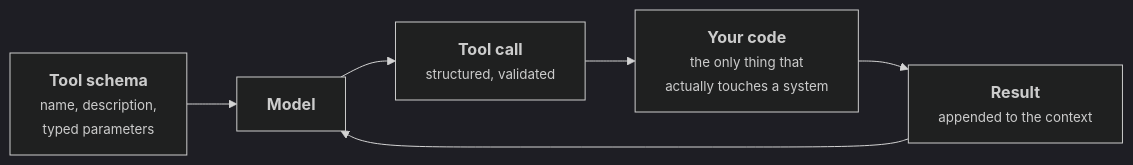
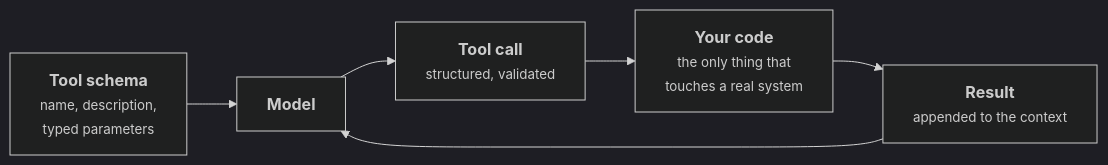
Before and after one commit to situkangsayur/dnd-ai-products-services-pro-course-slides: the diagram in figs/hendri-tool.mmd, drawn with Mermaid (dark theme). The commit also changed 95 other files, not shown here.

```diff
--- a/figs/hendri-tool.mmd
+++ b/figs/hendri-tool.mmd
@@ -1,8 +1,8 @@
 
 flowchart LR
+  S["<b>Tool schema</b><br/><small>name, description,<br/>typed parameters</small>"]
   M["<b>Model</b>"]
-  S["<b>Tool schema</b><br/><small>name, description,<br/>typed parameters</small>"]
   CALL["<b>Tool call</b><br/><small>structured, validated</small>"]
-  EX["<b>Your code</b><br/><small>the only thing that<br/>actually touches a system</small>"]
+  EX["<b>Your code</b><br/><small>the only thing that<br/>touches a real system</small>"]
   R["<b>Result</b><br/><small>appended to the context</small>"]
   S --> M --> CALL --> EX --> R --> M
```
